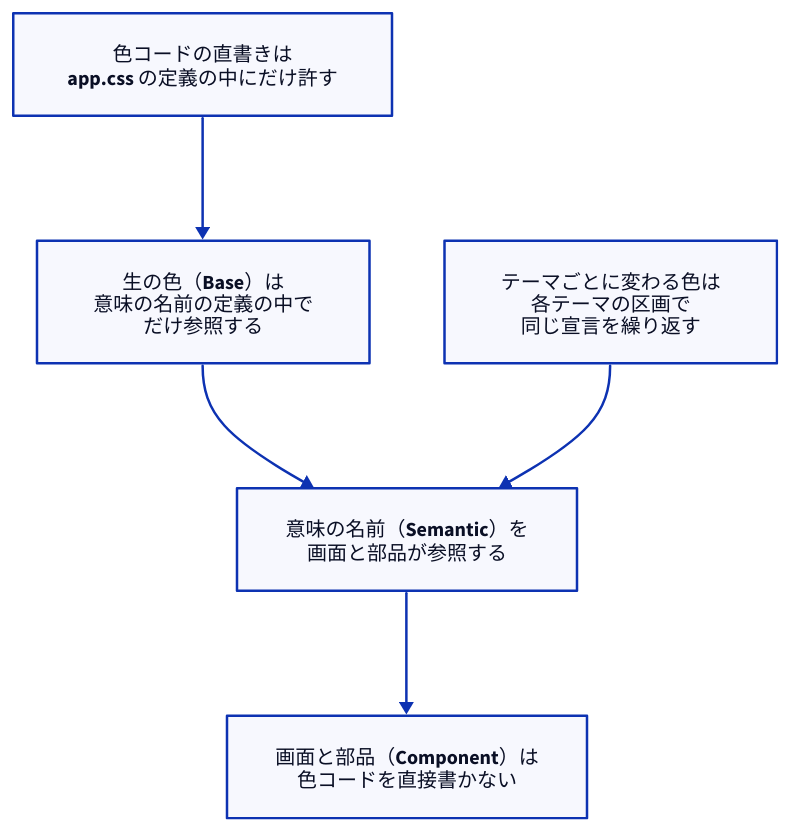
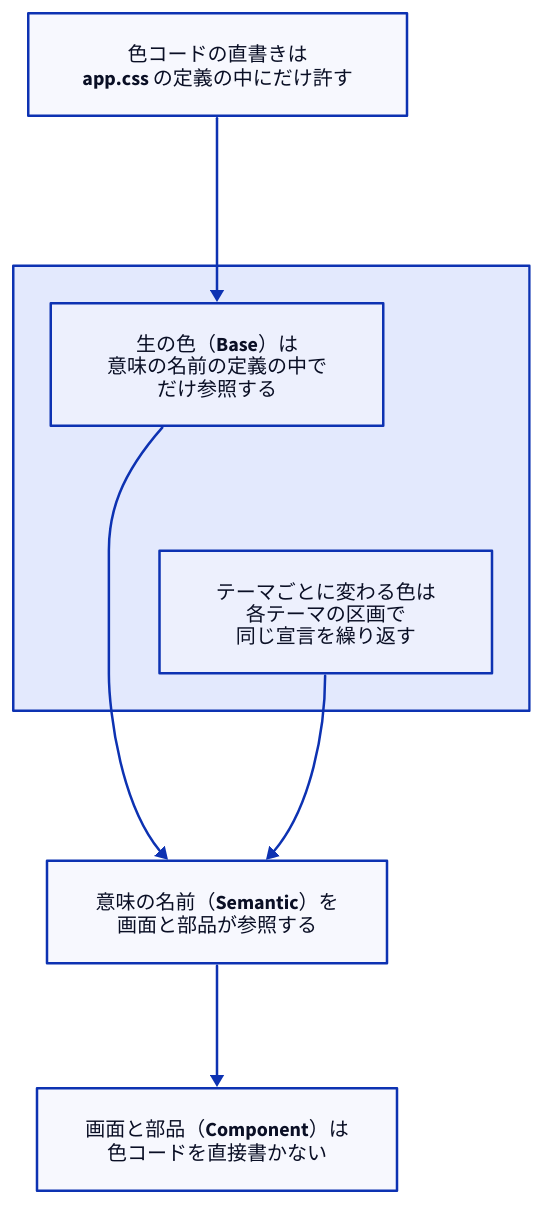
The diagram in images/ganbari-quest-design/design-system.d2 (Takenori-Kusaka/publishing-hub), drawn with D2 before and after one commit. The commit also changed 78 other files, not shown here.

First line of the commit message:
fix(diagrams): 自然幅が 480px を超えていた図 26 枚を縦に積んで描き直す

```diff
--- a/images/ganbari-quest-design/design-system.d2
+++ b/images/ganbari-quest-design/design-system.d2
@@ -1,19 +1,25 @@
 # 色の 3 層（正本: books/ganbari-quest-design/design-system.md）
 # 一方向のフローなので layout は dagre（TALA は公式に「DAG は苦手」と明記）。
+# 電話（本文幅 約 360px）で 0.75 倍より縮まず文字が読めるよう、自然幅を 480px 以下にする。
+# そのため並列の B と T を、枠で囲んで縦に積む。枠は並列を示すだけで、意味の箱ではない。
+# 枠の中の B -> T は段を分けるためだけの見えない線（opacity 0）で、意味の矢印ではない（grid-rows は dagre で横に流れたため使わない）。
 vars: {
   d2-config: {
     layout-engine: dagre
   }
 }
 direction: down
 
 H: "色コードの直書きは\napp.css の定義の中にだけ許す"
-B: "生の色（Base）は\n意味の名前の定義の中で\nだけ参照する"
+src: "" {
+  B: "生の色（Base）は\n意味の名前の定義の中で\nだけ参照する"
+  T: "テーマごとに変わる色は\n各テーマの区画で\n同じ宣言を繰り返す"
+  B -> T: {style.opacity: 0}
+}
 S: "意味の名前（Semantic）を\n画面と部品が参照する"
 C: "画面と部品（Component）は\n色コードを直接書かない"
-T: "テーマごとに変わる色は\n各テーマの区画で\n同じ宣言を繰り返す"
 
-H -> B
-B -> S
+H -> src.B
+src.B -> S
 S -> C
-T -> S
+src.T -> S
```
